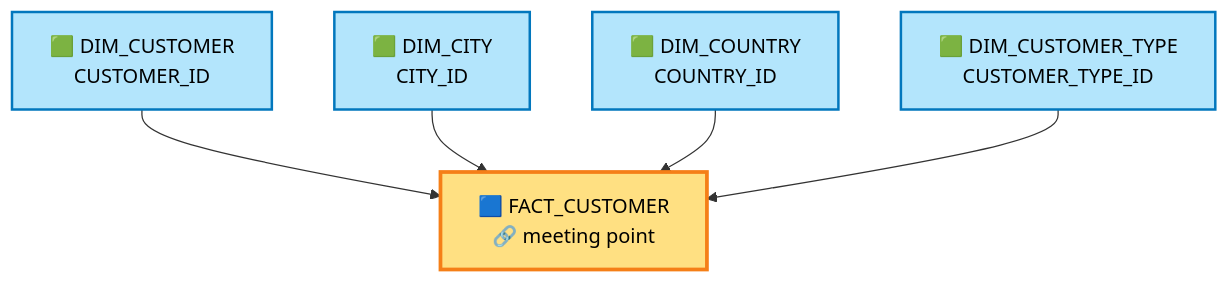
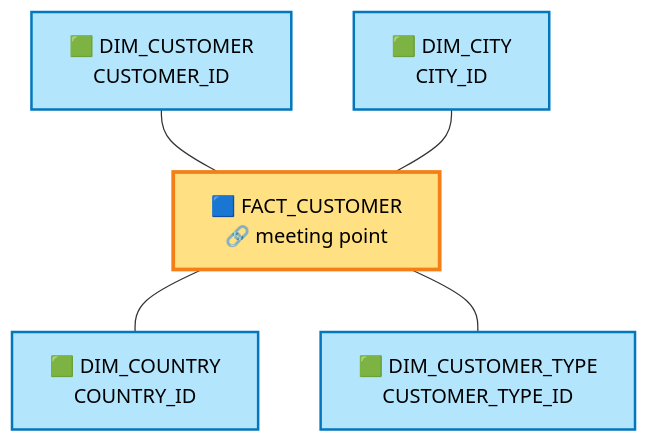
One commit to Kshitijavir/aws-pipelines-september-2026 changed the fifth of 9 diagrams in 03) Snowflake/60.1) Data Modelling/02) STAR schema/02) STAR schema.md. Above: the diagram before and after it, drawn with Mermaid. The commit also changed other lines of this file, not shown here.

First line of the commit message:
Arrange star schema diagrams with dimensions around the fact table

````diff
--- a/03) Snowflake/60.1) Data Modelling/02) STAR schema/02) STAR schema.md
+++ b/03) Snowflake/60.1) Data Modelling/02) STAR schema/02) STAR schema.md
@@ -249,18 +249,18 @@
 ```mermaid
 flowchart TB
     DC["🟩 DIM_CUSTOMER<br/>CUSTOMER_ID"]
     DCI["🟩 DIM_CITY<br/>CITY_ID"]
+    F["🟦 FACT_CUSTOMER<br/>🔗 meeting point"]
     DCO["🟩 DIM_COUNTRY<br/>COUNTRY_ID"]
     DCT["🟩 DIM_CUSTOMER_TYPE<br/>CUSTOMER_TYPE_ID"]
-    F["🟦 FACT_CUSTOMER<br/>🔗 meeting point"]
 
-    DC --> F
-    DCI --> F
-    DCO --> F
-    DCT --> F
+    DC --- F
+    DCI --- F
+    F --- DCO
+    F --- DCT
 
     classDef fact fill:#ffe082,stroke:#f57f17,stroke-width:3px,color:#000000
     classDef dim fill:#b3e5fc,stroke:#0277bd,stroke-width:2px,color:#000000
     class F fact
     class DC,DCI,DCO,DCT dim
 ```
````
